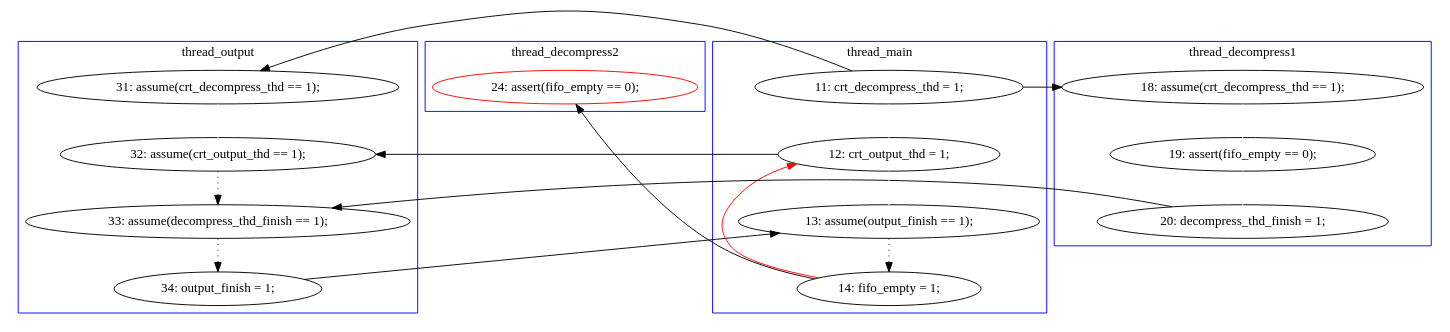
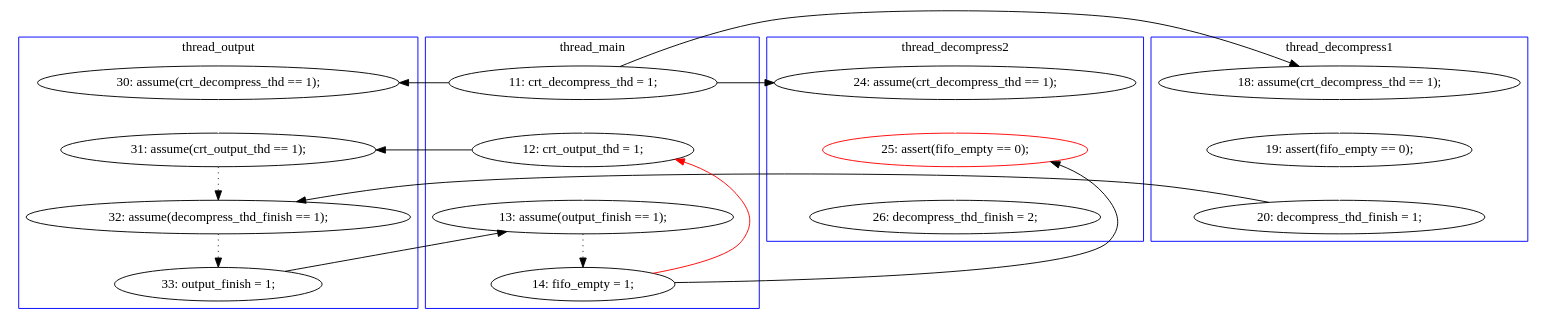
Before and after one commit to hylhp/cav14-model: the diagram in pbzip2.mixed/B-1-graph-sol-1.dot, drawn with Graphviz. The commit also changed 23 other files, not shown here.

```diff
--- a/pbzip2.mixed/B-1-graph-sol-1.dot
+++ b/pbzip2.mixed/B-1-graph-sol-1.dot
@@ -1,45 +1,50 @@
 digraph Counterexample {
-	12 -> 14 [color = white, style = solid]
-	20 -> 23 [color = black, style = solid, constraint = false]
-	25 -> 32 [color = black, style = solid, constraint = false]
-	23 -> 25 [color = black, style = dotted]
-	16 -> 17 [color = white, style = solid]
-	25 -> 10 [color = red, style = solid, constraint = false]
+	25 -> 28 [color = white, style = solid]
+	20 -> 21 [color = black, style = solid, constraint = false]
+	11 -> 17 [color = white, style = solid]
+	12 -> 17 [color = black, style = solid, constraint = false]
+	9 -> 11 [color = black, style = solid, constraint = false]
+	16 -> 18 [color = white, style = solid]
+	14 -> 16 [color = white, style = solid]
 	19 -> 20 [color = black, style = dotted]
-	15 -> 16 [color = white, style = solid]
-	17 -> 19 [color = black, style = solid, constraint = false]
-	10 -> 23 [color = white, style = solid]
-	9 -> 10 [color = white, style = solid]
-	9 -> 12 [color = black, style = solid, constraint = false]
-	10 -> 14 [color = black, style = solid, constraint = false]
-	14 -> 19 [color = black, style = dotted]
-	9 -> 15 [color = black, style = solid, constraint = false]
+	9 -> 12 [color = white, style = solid]
+	9 -> 14 [color = black, style = solid, constraint = false]
+	23 -> 25 [color = white, style = solid]
+	9 -> 23 [color = black, style = solid, constraint = false]
+	21 -> 22 [color = black, style = dotted]
+	12 -> 21 [color = white, style = solid]
+	22 -> 25 [color = black, style = solid, constraint = false]
+	18 -> 19 [color = black, style = solid, constraint = false]
+	17 -> 19 [color = black, style = dotted]
+	22 -> 12 [color = red, style = solid, constraint = false]
+	subgraph cluster2 {
+		label = thread_decompress1
+		color = blue
+		18  [label = "20: decompress_thd_finish = 1;"]
+		14  [label = "18: assume(crt_decompress_thd == 1);"]
+		16  [label = "19: assert(fifo_empty == 0);"]
+	}
 	subgraph cluster3 {
 		label = thread_decompress2
 		color = blue
-		32  [label = "24: assert(fifo_empty == 0);", color = red]
+		23  [label = "24: assume(crt_decompress_thd == 1);"]
+		25  [label = "25: assert(fifo_empty == 0);", color = red]
+		28  [label = "26: decompress_thd_finish = 2;"]
+	}
+	subgraph cluster4 {
+		label = thread_output
+		color = blue
+		19  [label = "32: assume(decompress_thd_finish == 1);"]
+		17  [label = "31: assume(crt_output_thd == 1);"]
+		11  [label = "30: assume(crt_decompress_thd == 1);"]
+		20  [label = "33: output_finish = 1;"]
 	}
 	subgraph cluster1 {
 		label = thread_main
 		color = blue
-		23  [label = "13: assume(output_finish == 1);"]
+		21  [label = "13: assume(output_finish == 1);"]
+		22  [label = "14: fifo_empty = 1;"]
 		9  [label = "11: crt_decompress_thd = 1;"]
-		10  [label = "12: crt_output_thd = 1;"]
-		25  [label = "14: fifo_empty = 1;"]
-	}
-	subgraph cluster2 {
-		label = thread_decompress1
-		color = blue
-		15  [label = "18: assume(crt_decompress_thd == 1);"]
-		16  [label = "19: assert(fifo_empty == 0);"]
-		17  [label = "20: decompress_thd_finish = 1;"]
-	}
-	subgraph cluster4 {
-		label = thread_output
-		color = blue
-		14  [label = "32: assume(crt_output_thd == 1);"]
-		19  [label = "33: assume(decompress_thd_finish == 1);"]
-		20  [label = "34: output_finish = 1;"]
-		12  [label = "31: assume(crt_decompress_thd == 1);"]
+		12  [label = "12: crt_output_thd = 1;"]
 	}
 }
```
